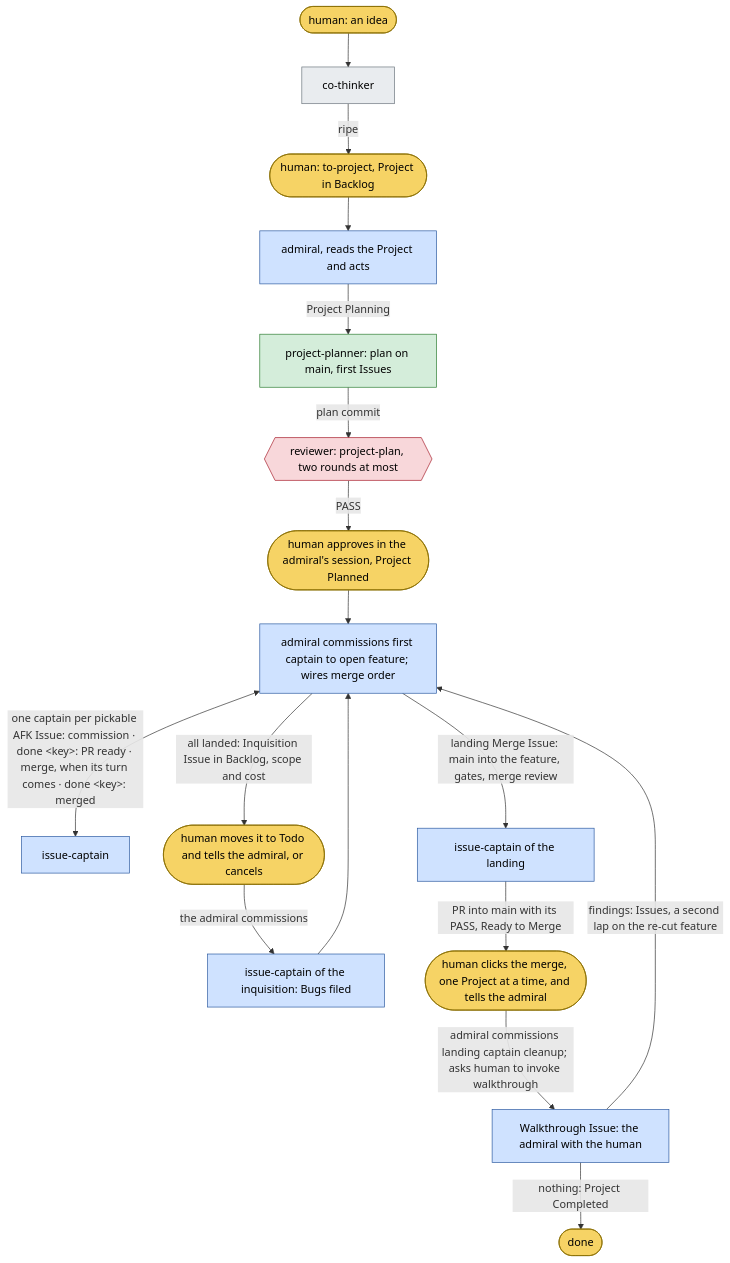
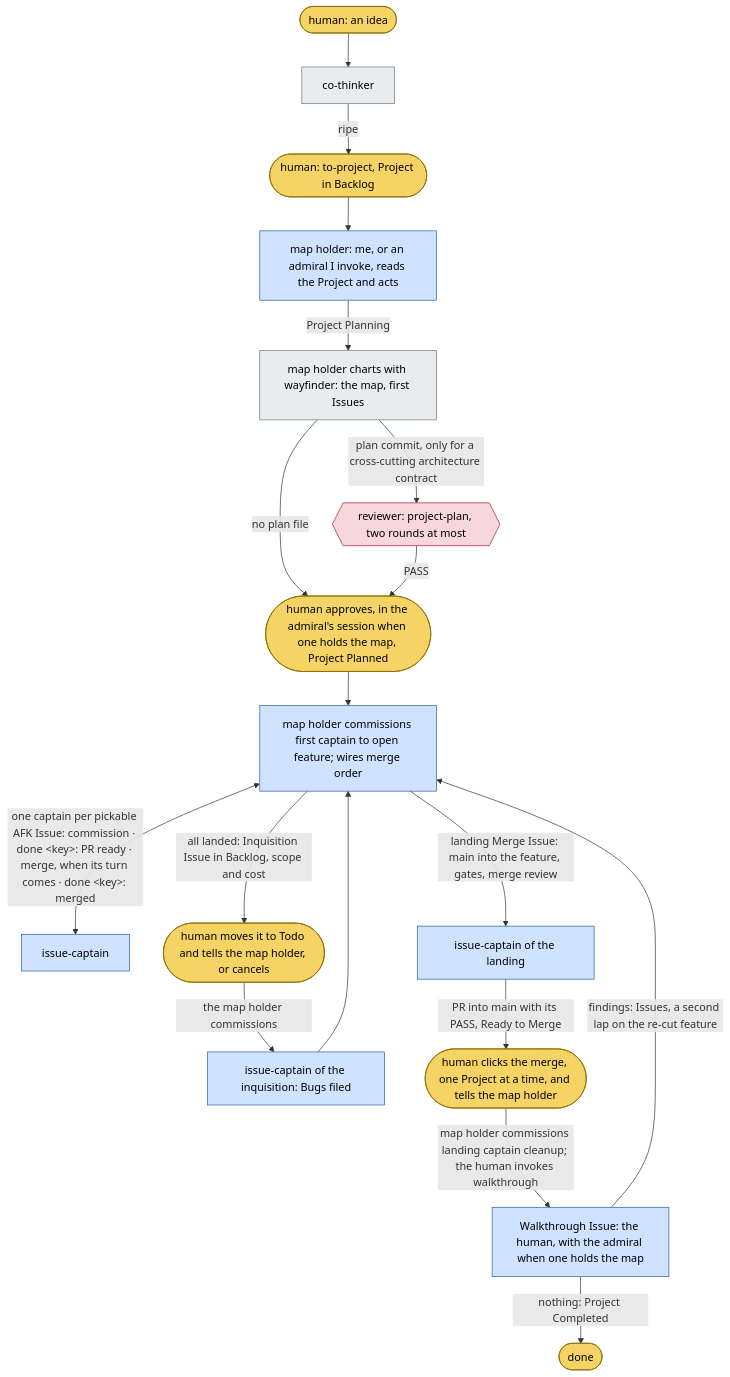
Before and after one commit to bodnarbalazs/dydo: the first of 2 diagrams in README.md, drawn with Mermaid. The commit also changed other lines of this file and 5 other files, not shown here.

Commit message:
DYD-254 fix: DR 047 pointer names §3, control-flow Mode scope and admiral row, planner out of README and about-dynadocs, map holder on the map

````diff
--- a/README.md
+++ b/README.md
@@ -81,25 +81,26 @@
 ```mermaid
 flowchart TD
   classDef human fill:#f6d365,stroke:#8a6d00,color:#000
   classDef session fill:#e9ecef,stroke:#6c757d,color:#000
   classDef officer fill:#cfe2ff,stroke:#2c5aa0,color:#000
   classDef crew fill:#d4edda,stroke:#2e7d32,color:#000
   classDef reviewer fill:#f8d7da,stroke:#a71d2a,color:#000
 
   H0([human: an idea]):::human --> CT[co-thinker]:::session
   CT -->|ripe| TP([human: to-project, Project in Backlog]):::human
-  TP --> AD[admiral, reads the Project and acts]:::officer
-  AD -->|Project Planning| PP[project-planner: plan on main, first Issues]:::crew
-  PP -->|plan commit| RP{{reviewer: project-plan, two rounds at most}}:::reviewer
-  RP -->|PASS| H1([human approves in the admiral's session, Project Planned]):::human
-  H1 --> OP[admiral commissions first captain to open feature; wires merge order]:::officer
+  TP --> AD[map holder: me, or an admiral I invoke, reads the Project and acts]:::officer
+  AD -->|Project Planning| PP[map holder charts with wayfinder: the map, first Issues]:::session
+  PP -->|plan commit, only for a cross-cutting architecture contract| RP{{reviewer: project-plan, two rounds at most}}:::reviewer
+  PP -->|no plan file| H1
+  RP -->|PASS| H1([human approves, in the admiral's session when one holds the map, Project Planned]):::human
+  H1 --> OP[map holder commissions first captain to open feature; wires merge order]:::officer
   OP <-->|"one captain per pickable AFK Issue: commission · done &lt;key&gt;: PR ready · merge, when its turn comes · done &lt;key&gt;: merged"| IC[issue-captain]:::officer
-  OP -->|all landed: Inquisition Issue in Backlog, scope and cost| H2([human moves it to Todo and tells the admiral, or cancels]):::human
-  H2 -->|the admiral commissions| IQ[issue-captain of the inquisition: Bugs filed]:::officer
+  OP -->|all landed: Inquisition Issue in Backlog, scope and cost| H2([human moves it to Todo and tells the map holder, or cancels]):::human
+  H2 -->|the map holder commissions| IQ[issue-captain of the inquisition: Bugs filed]:::officer
   IQ --> OP
   OP -->|landing Merge Issue: main into the feature, gates, merge review| LM[issue-captain of the landing]:::officer
-  LM -->|PR into main with its PASS, Ready to Merge| H3([human clicks the merge, one Project at a time, and tells the admiral]):::human
-  H3 -->|admiral commissions landing captain cleanup; asks human to invoke walkthrough| WT[Walkthrough Issue: the admiral with the human]:::officer
+  LM -->|PR into main with its PASS, Ready to Merge| H3([human clicks the merge, one Project at a time, and tells the map holder]):::human
+  H3 -->|map holder commissions landing captain cleanup; the human invokes walkthrough| WT[Walkthrough Issue: the human, with the admiral when one holds the map]:::officer
   WT -->|findings: Issues, a second lap on the re-cut feature| OP
   WT -->|nothing: Project Completed| END([done]):::human
 ```
````
